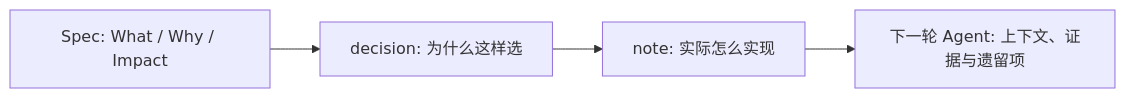
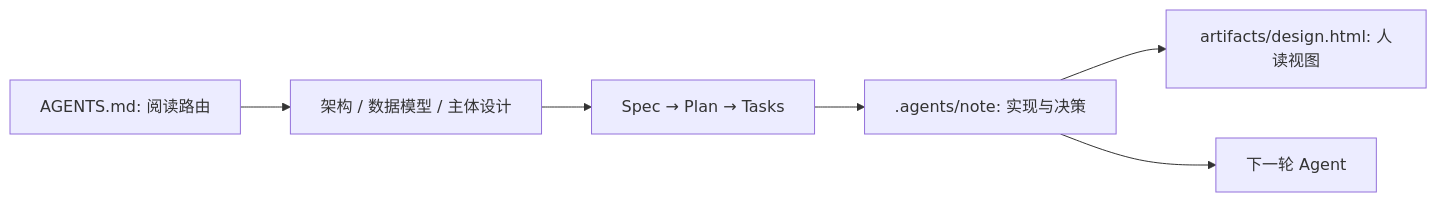
The diagram in _posts/2026-10-28-vibe-coding时如何缓解与agent的认知偏差.md (huangdi614/huangdi614.github.io), drawn with Mermaid before and after one commit. The commit also changed other lines of this file and 53 other files, not shown here.

````diff
--- a/_posts/2026-10-28-vibe-coding时如何缓解与agent的认知偏差.md
+++ b/_posts/2026-10-28-vibe-coding时如何缓解与agent的认知偏差.md
@@ -95,6 +113,8 @@
 ```mermaid
 flowchart LR
-    A[Spec: What / Why / Impact] --> B[decision: 为什么这样选]
-    B --> C[note: 实际怎么实现]
-    C --> D[下一轮 Agent: 上下文、证据与遗留项]
+    A[AGENTS.md: 阅读路由] --> B[架构 / 数据模型 / 主体设计]
+    B --> C[Spec → Plan → Tasks]
+    C --> D[.agents/note: 实现与决策]
+    D --> E[artifacts/design.html: 人读视图]
+    D --> F[下一轮 Agent]
 ```
````
